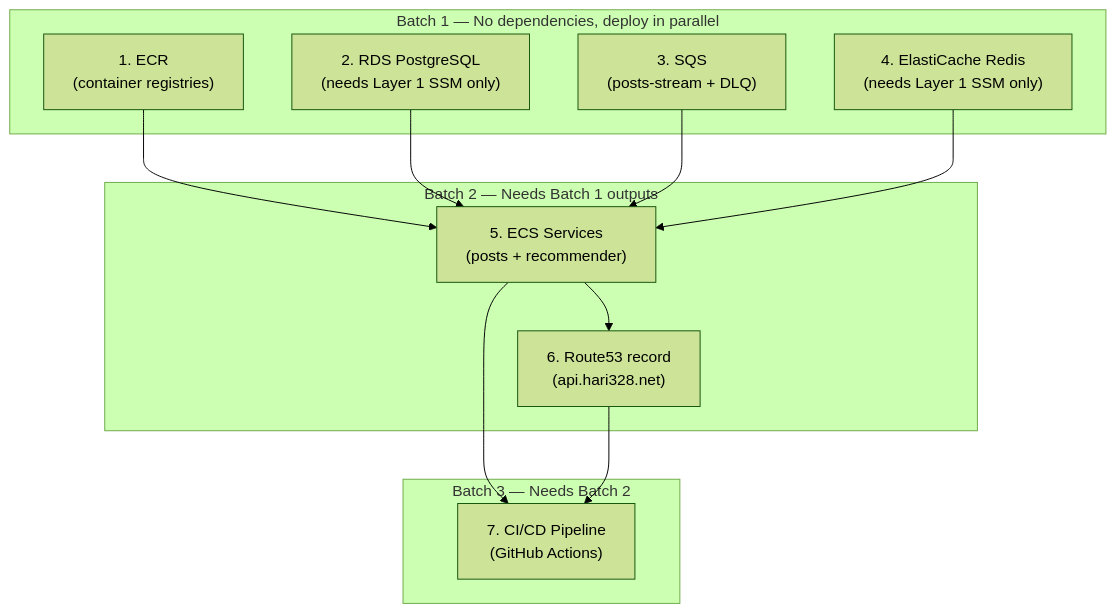
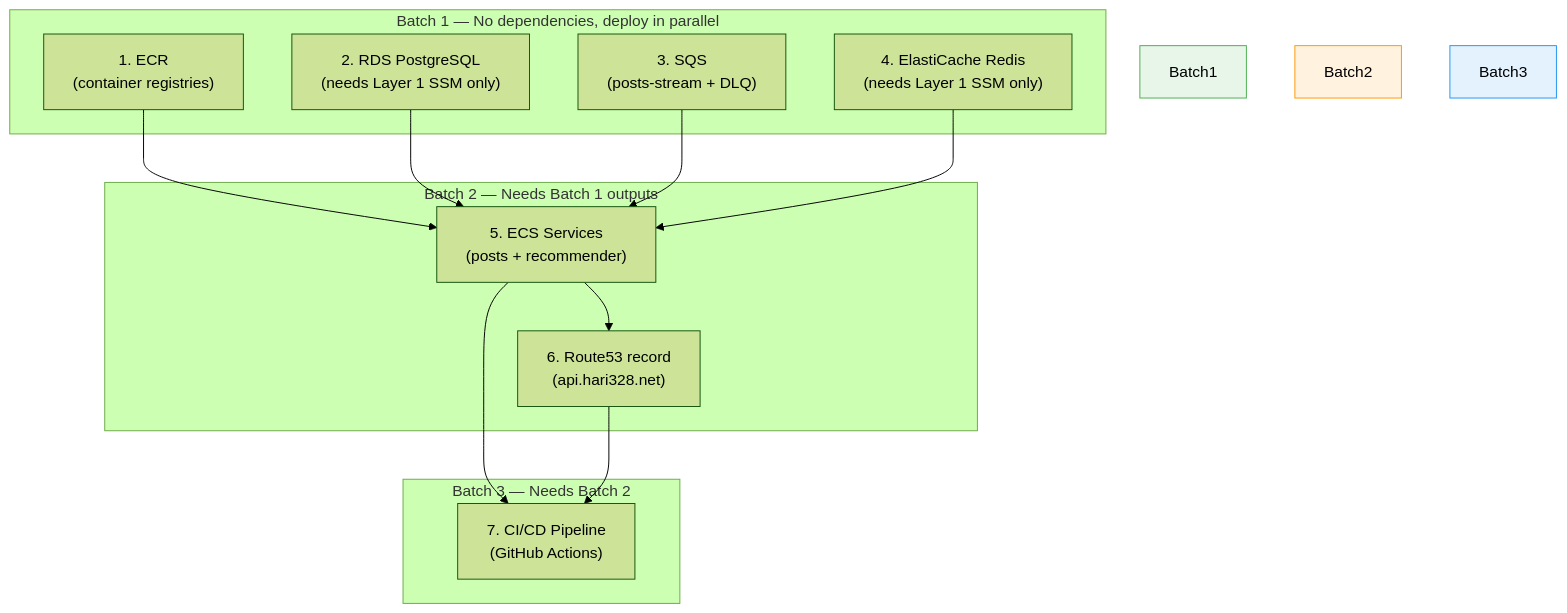
One commit to hari328/backend-patterns-ts changed the diagram in deployment-readme.md. Above: the diagram before and after it, drawn with Mermaid (forest theme). The commit also changed 5 other files, not shown here.

````diff
--- a/deployment-readme.md
+++ b/deployment-readme.md
@@ -177,26 +177,29 @@
 ```mermaid
 graph TD
-    subgraph Batch1["Batch 1 — No dependencies, deploy in parallel"]
+    subgraph "Batch 1 — No dependencies, deploy in parallel"
+        style Batch1 fill:#e8f5e9,stroke:#4caf50
         ECR["1. ECR<br/>(container registries)"]
         SQS["3. SQS<br/>(posts-stream + DLQ)"]
         RDS["2. RDS PostgreSQL<br/>(needs Layer 1 SSM only)"]
         Redis["4. ElastiCache Redis<br/>(needs Layer 1 SSM only)"]
     end
 
-    subgraph Batch2["Batch 2 — Needs Batch 1 outputs"]
+    subgraph "Batch 2 — Needs Batch 1 outputs"
+        style Batch2 fill:#fff3e0,stroke:#ff9800
         ECS["5. ECS Services<br/>(posts + recommender)"]
         R53["6. Route53 record<br/>(api.hari328.net)"]
     end
 
-    subgraph Batch3["Batch 3 — Needs Batch 2"]
+    subgraph "Batch 3 — Needs Batch 2"
+        style Batch3 fill:#e3f2fd,stroke:#2196f3
         CICD["7. CI/CD Pipeline<br/>(GitHub Actions)"]
     end
 
     ECR --> ECS
     RDS --> ECS
     SQS --> ECS
     Redis --> ECS
     ECS --> R53
     ECS --> CICD
     R53 --> CICD
 ```
````
